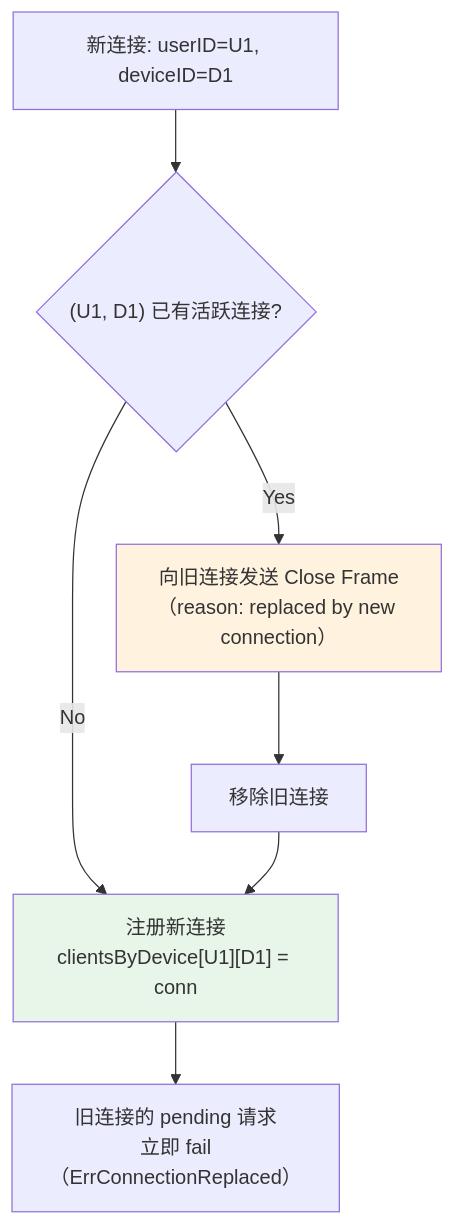
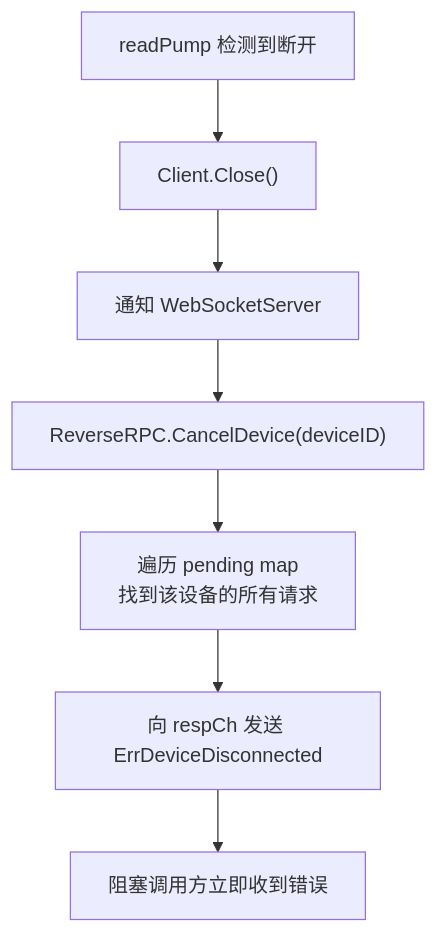
The fourth of 6 diagrams in docs/DESIGN_CLIENT_FUNCTION_AGENT_TOOLS.md (PineappleBond/xyncra-server), drawn with Mermaid before and after one commit. The commit also changed other lines of this file, not shown here.

````diff
--- a/docs/DESIGN_CLIENT_FUNCTION_AGENT_TOOLS.md
+++ b/docs/DESIGN_CLIENT_FUNCTION_AGENT_TOOLS.md
@@ -572,12 +463,9 @@
 ```mermaid
 flowchart TD
-    A["新连接: userID=U1, deviceID=D1"] --> B{"(U1, D1) 已有活跃连接?"}
-    B -->|No| C["注册新连接<br/>clientsByDevice[U1][D1] = conn"]
-    B -->|Yes| D["向旧连接发送 Close Frame<br/>（reason: replaced by new connection）"]
-    D --> E["移除旧连接"]
-    E --> C
-    C --> F["旧连接的 pending 请求<br/>立即 fail（ErrConnectionReplaced）"]
-
-    style C fill:#e8f5e9
-    style D fill:#fff3e0
+    A["readPump 检测到断开"] --> B["Client.Close()"]
+    B --> C["通知 WebSocketServer"]
+    C --> D["ReverseRPC.CancelDevice(deviceID)"]
+    D --> E["遍历 pending map<br/>找到该设备的所有请求"]
+    E --> F["向 respCh 发送 ErrDeviceDisconnected"]
+    F --> G["阻塞调用方立即收到错误"]
 ```
````
